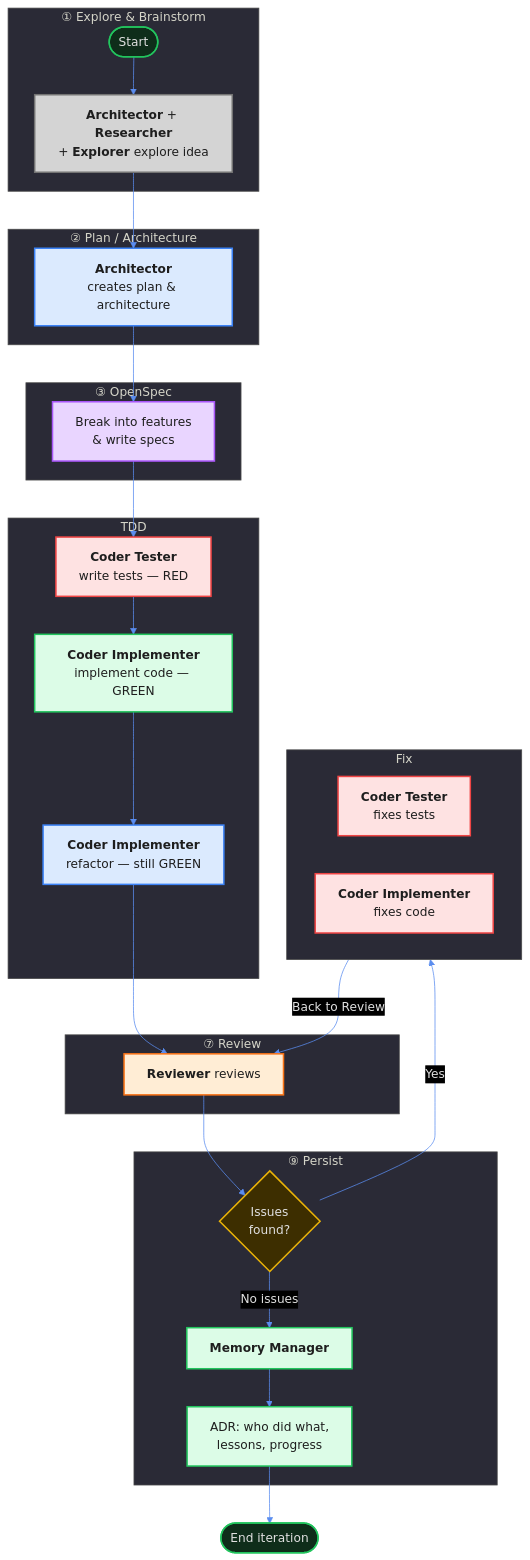
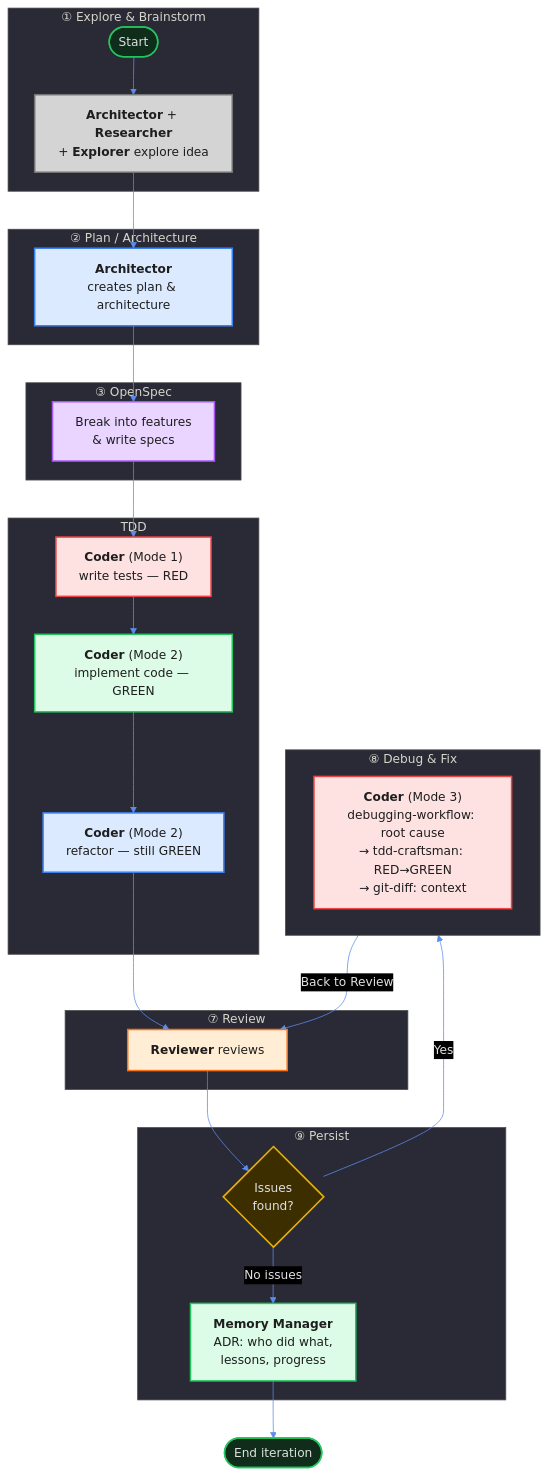
The diagram in docs/workflow-loop.md (Tilitronic/poetry-platform), drawn with Mermaid before and after one commit. The commit also changed other lines of this file and 4 other files, not shown here.

First line of the commit message:
refactor: coder 3-mode model, temperature tuning, memory-manager fixes, workflow-loop update

````diff
--- a/docs/workflow-loop.md
+++ b/docs/workflow-loop.md
@@ -129,80 +117,76 @@
 ```mermaid
 %%{init: {'theme': 'base', 'themeVariables': {
   'darkMode': true, 'background': '#1e1e2e',
   'primaryColor': '#2d3a5c', 'primaryTextColor': '#e0e0e0',
   'primaryBorderColor': '#5b8def', 'lineColor': '#5b8def',
   'secondaryColor': '#3d3520', 'tertiaryColor': '#2a2a36',
   'labelTextColor': '#e0e0e0'
 }}}%%
 flowchart TB
     subgraph Phase1["① Explore & Brainstorm"]
         A([Start]) --> B
         B["<b>Architector</b> + <b>Researcher</b>\n+ <b>Explorer</b> explore idea"]
     end
 
     subgraph Phase2["② Plan / Architecture"]
         B --> C["<b>Architector</b>\ncreates plan & architecture"]
     end
 
     subgraph Phase3["③ OpenSpec"]
         C --> D["Break into features\n& write specs"]
     end
 
     subgraph TDD["TDD"]
-        E["<b>Coder Tester</b>\nwrite tests — RED"]
-        F["<b>Coder Implementer</b>\nimplement code — GREEN"]
-        G["<b>Coder Implementer</b>\nrefactor — still GREEN"]
+        E["<b>Coder</b> (Mode 1)\nwrite tests — RED"]
+        F["<b>Coder</b> (Mode 2)\nimplement code — GREEN"]
+        G["<b>Coder</b> (Mode 2)\nrefactor — still GREEN"]
     end
 
     D --> E
     E --> F
     F --> G
 
     subgraph Phase7["⑦ Review"]
         G --> H["<b>Reviewer</b> reviews"]
     end
 
     H --> I{"Issues\nfound?"}
 
-    subgraph FixBox["Fix"]
-        J["<b>Coder Tester</b>\nfixes tests"]
-        K["<b>Coder Implementer</b>\nfixes code"]
+    subgraph DebugAndFix["⑧ Debug & Fix"]
+        J["<b>Coder</b> (Mode 3)\ndebugging-workflow: root cause\n→ tdd-craftsman: RED→GREEN\n→ git-diff: context"]
     end
 
-    I -->|"Yes"| FixBox
-    FixBox -->|"Back to Review"| H
+    I -->|"Yes"| DebugAndFix
+    DebugAndFix -->|"Back to Review"| H
 
     subgraph Phase9["⑨ Persist"]
-        I -->|"No issues"| L["<b>Memory Manager</b>"]
-        L --> M["ADR: who did what,\nlessons, progress"]
+        I -->|"No issues"| L["<b>Memory Manager</b>\nADR: who did what,\nlessons, progress"]
     end
 
-    M --> N([End iteration])
+    L --> N([End iteration])
 
     classDef explore fill:#d4d4d4,stroke:#737373,color:#1e1e1e,stroke-width:2px
     classDef plan fill:#dbeafe,stroke:#3b82f6,color:#1e1e1e,stroke-width:2px
     classDef spec fill:#e9d5ff,stroke:#a855f7,color:#1e1e1e,stroke-width:2px
     classDef tddRed fill:#fee2e2,stroke:#ef4444,color:#1e1e1e,stroke-width:2px
     classDef tddGreen fill:#dcfce7,stroke:#22c55e,color:#1e1e1e,stroke-width:2px
     classDef tddRefactor fill:#dbeafe,stroke:#3b82f6,color:#1e1e1e,stroke-width:2px
     classDef review fill:#ffedd5,stroke:#f97316,color:#1e1e1e,stroke-width:2px
-    classDef fix fill:#fee2e2,stroke:#ef4444,color:#1e1e1e,stroke-width:2px
+    classDef debugandfix fill:#fee2e2,stroke:#ef4444,color:#1e1e1e,stroke-width:2px
     classDef persist fill:#dcfce7,stroke:#22c55e,color:#1e1e1e,stroke-width:2px
     classDef startend fill:#0f2d1a,stroke:#22c55e,color:#e0e0e0,stroke-width:2px
     classDef decision fill:#3d2e00,stroke:#eab308,color:#e0e0e0,stroke-width:2px
 
     class A startend
     class B explore
     class C plan
     class D spec
     class E tddRed
     class F tddGreen
     class G tddRefactor
     class H review
     class I decision
-    class J fix
-    class K fix
+    class J debugandfix
     class L persist
-    class M persist
     class N startend
 ```
````
